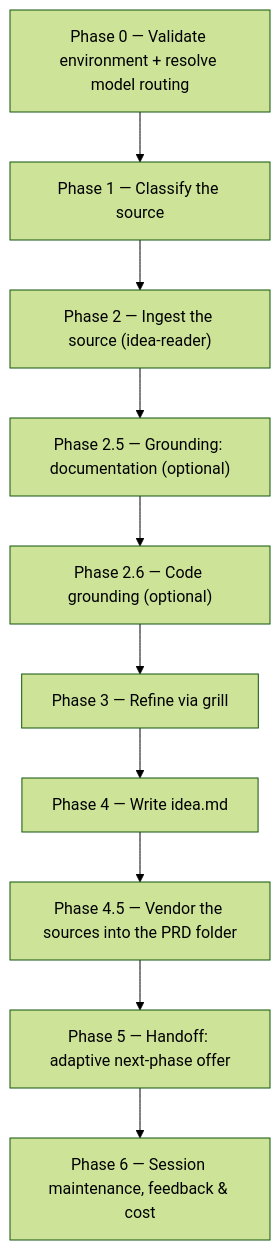
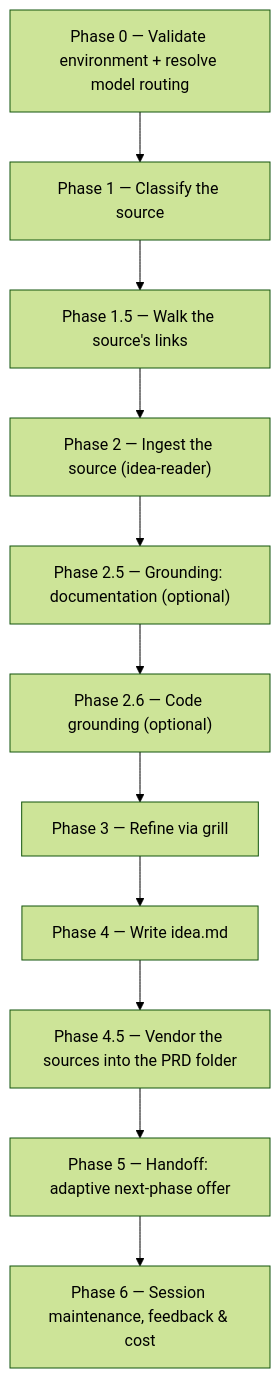
Before and after one commit to ihudak/ihudak-claude-plugins: the diagram in plugins/product-workflows/docs/commands/idea.md, drawn with Mermaid (forest theme). The commit also changed other lines of this file and 5 other files, not shown here.

````diff
--- a/plugins/product-workflows/docs/commands/idea.md
+++ b/plugins/product-workflows/docs/commands/idea.md
@@ -26,12 +26,13 @@
 ```mermaid
 flowchart TD
     p0["Phase 0 — Validate environment + resolve model routing"] --> p1["Phase 1 — Classify the source"]
-    p1 --> p2["Phase 2 — Ingest the source (idea-reader)"]
+    p1 --> p15["Phase 1.5 — Walk the source's links"]
+    p15 --> p2["Phase 2 — Ingest the source (idea-reader)"]
     p2 --> p25["Phase 2.5 — Grounding: documentation (optional)"]
     p25 --> p26["Phase 2.6 — Code grounding (optional)"]
     p26 --> p3["Phase 3 — Refine via grill"]
     p3 --> p4["Phase 4 — Write idea.md"]
     p4 --> p45["Phase 4.5 — Vendor the sources into the PRD folder"]
     p45 --> p5["Phase 5 — Handoff: adaptive next-phase offer"]
     p5 --> p6["Phase 6 — Session maintenance, feedback & cost"]
 ```
````
